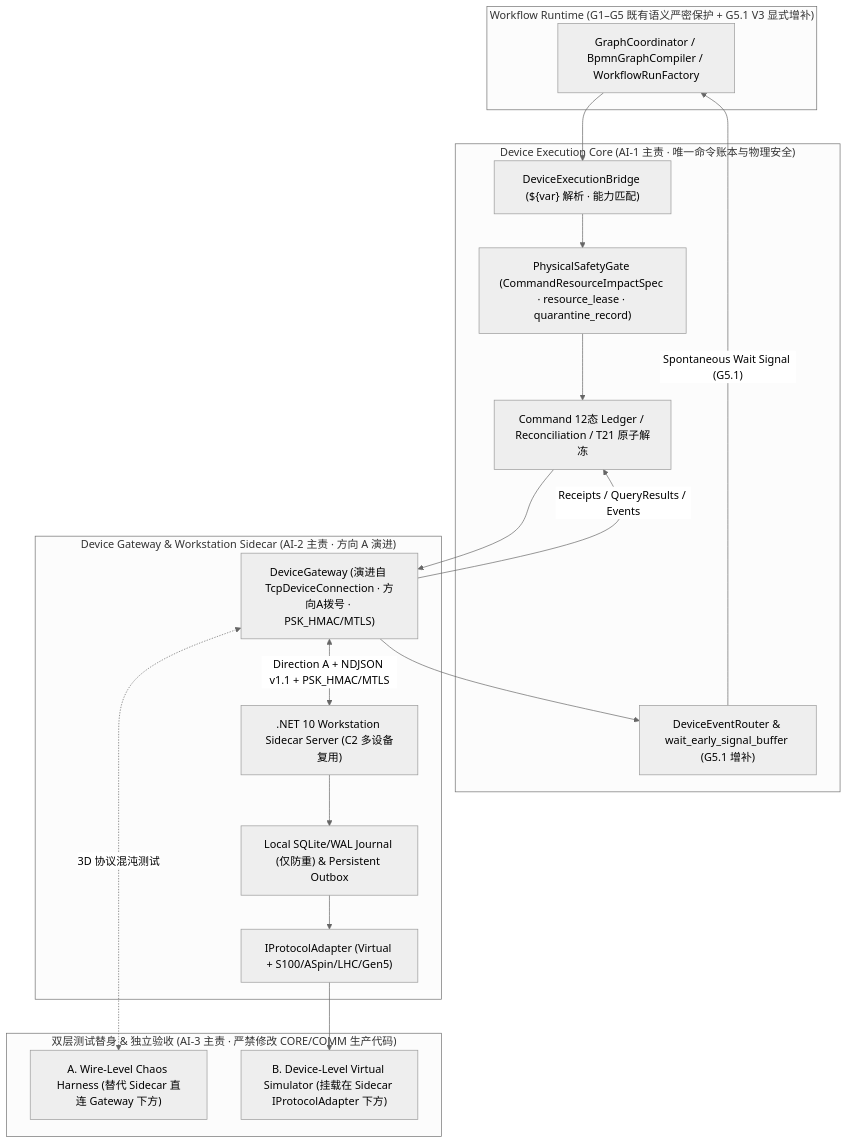
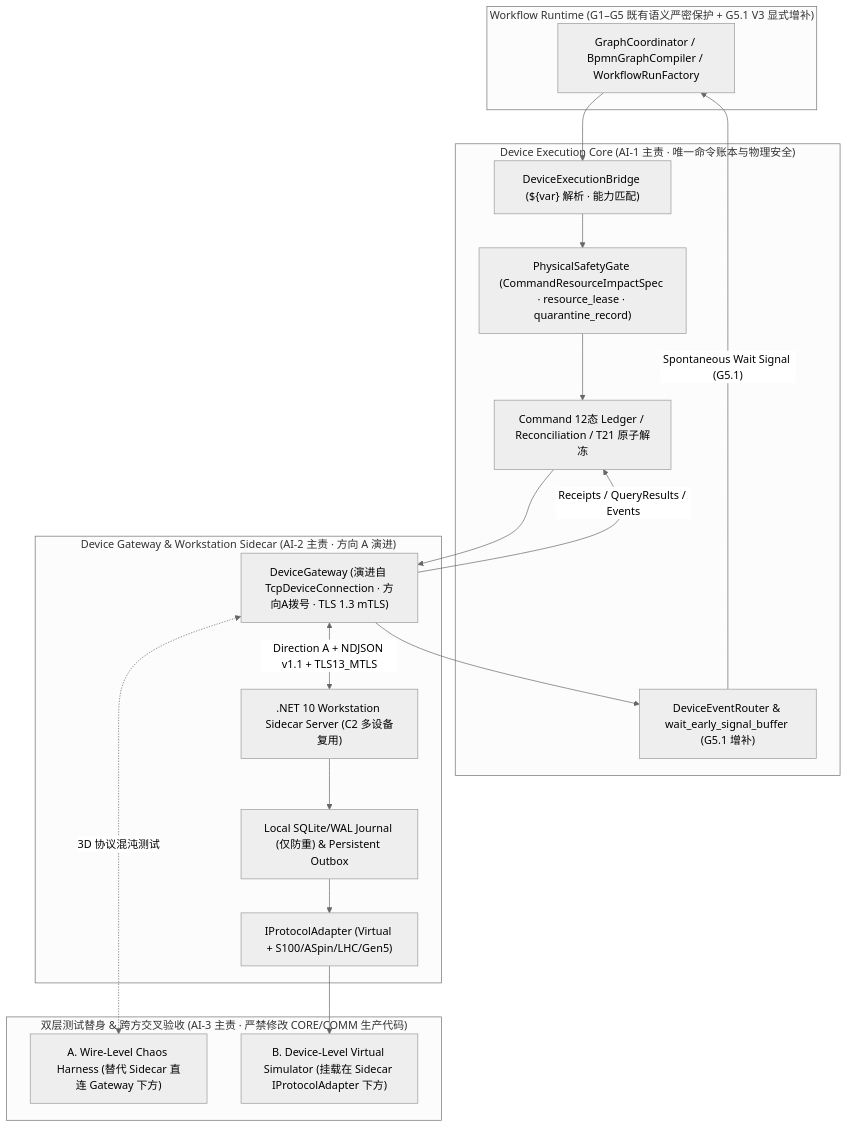
The diagram in docs/PHASE3B_MASTER_CONTRACT.md (rogerlzp/labos), drawn with Mermaid (neutral theme) before and after one commit. The commit also changed other lines of this file and 3 other files, not shown here.

````diff
--- a/docs/PHASE3B_MASTER_CONTRACT.md
+++ b/docs/PHASE3B_MASTER_CONTRACT.md
@@ -40,33 +42,33 @@
 ```mermaid
 flowchart TB
   subgraph WR["Workflow Runtime (G1–G5 既有语义严密保护 + G5.1 V3 显式增补)"]
     GC["GraphCoordinator / BpmnGraphCompiler / WorkflowRunFactory"]
   end
 
   subgraph CORE["Device Execution Core (AI-1 主责 · 唯一命令账本与物理安全)"]
     BRIDGE["DeviceExecutionBridge (${var} 解析 · 能力匹配)"]
     SAFETY["PhysicalSafetyGate (CommandResourceImpactSpec · resource_lease · quarantine_record)"]
     LEDGER["Command 12态 Ledger / Reconciliation / T21 原子解冻"]
     EVB["DeviceEventRouter & wait_early_signal_buffer (G5.1 增补)"]
   end
 
   subgraph COMM["Device Gateway & Workstation Sidecar (AI-2 主责 · 方向 A 演进)"]
-    GW["DeviceGateway (演进自 TcpDeviceConnection · 方向A拨号 · PSK_HMAC/MTLS)"]
+    GW["DeviceGateway (演进自 TcpDeviceConnection · 方向A拨号 · TLS 1.3 mTLS)"]
     SVR[".NET 10 Workstation Sidecar Server (C2 多设备复用)"]
     WAL["Local SQLite/WAL Journal (仅防重) & Persistent Outbox"]
     ADP["IProtocolAdapter (Virtual + S100/ASpin/LHC/Gen5)"]
   end
 
-  subgraph TEST["双层测试替身 & 独立验收 (AI-3 主责 · 严禁修改 CORE/COMM 生产代码)"]
+  subgraph TEST["双层测试替身 & 跨方交叉验收 (AI-3 主责 · 严禁修改 CORE/COMM 生产代码)"]
     WCH["A. Wire-Level Chaos Harness (替代 Sidecar 直连 Gateway 下方)"]
     VDEV["B. Device-Level Virtual Simulator (挂载在 Sidecar IProtocolAdapter 下方)"]
   end
 
   GC --> BRIDGE --> SAFETY --> LEDGER --> GW
   EVB -- "Spontaneous Wait Signal (G5.1)" --> GC
   GW -- "Receipts / QueryResults / Events" --> LEDGER
   GW --> EVB
-  GW <-->|"Direction A + NDJSON v1.1 + PSK_HMAC/MTLS"| SVR
+  GW <-->|"Direction A + NDJSON v1.1 + TLS13_MTLS"| SVR
   GW <-.->|"3D 协议混沌测试"| WCH
   SVR --> WAL --> ADP --> VDEV
 ```
````
